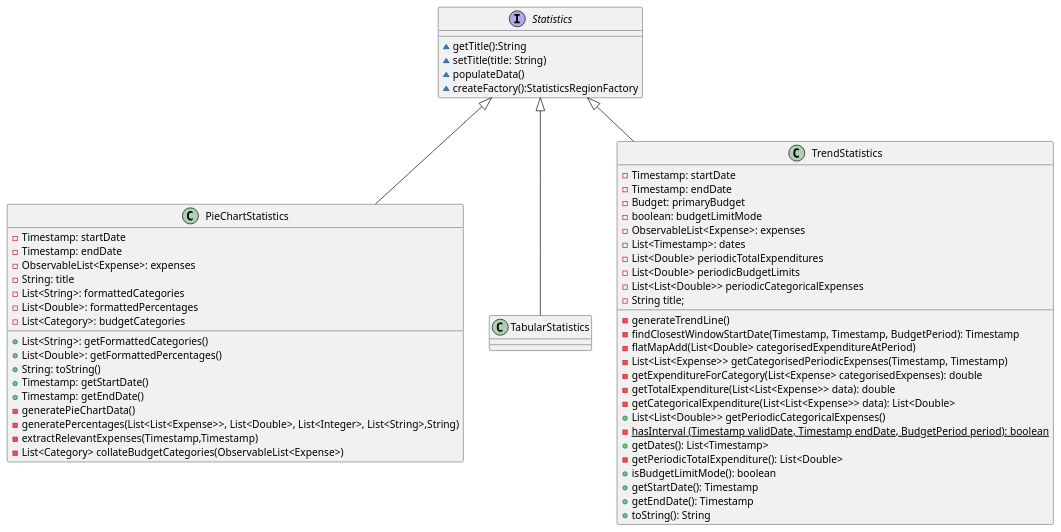
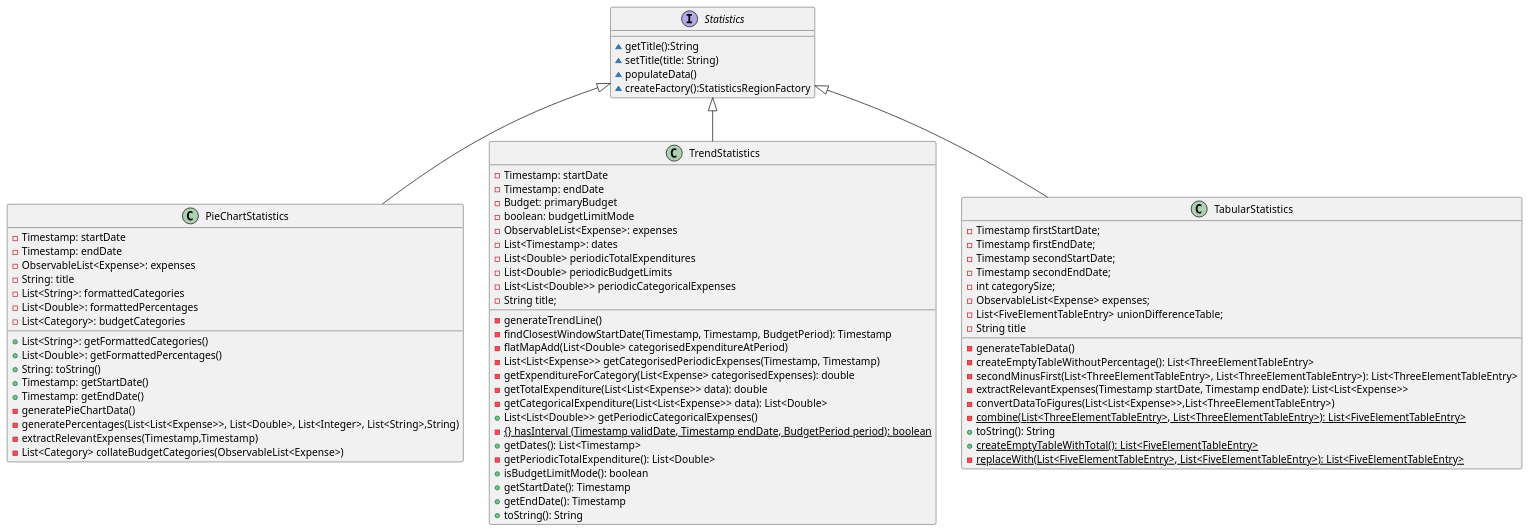
One commit to nus-cs2103-AY1920S1/addressbook-level3 changed the diagram in docs/diagrams/StatisticsClassDiagram.puml. Above: the diagram before and after it, drawn with PlantUML.

Commit message:
class diagram

```diff
--- a/docs/diagrams/StatisticsClassDiagram.puml
+++ b/docs/diagrams/StatisticsClassDiagram.puml
@@ -1,86 +1,98 @@
 @startuml
 
 
 
 interface Statistics {
 ~getTitle():String
 ~setTitle(title: String)
 ~populateData()
 ~createFactory():StatisticsRegionFactory
 }
 
 
 
 class PieChartStatistics {
 -Timestamp: startDate
 -Timestamp: endDate
 -ObservableList<Expense>: expenses
 -String: title
 -List<String>: formattedCategories
 -List<Double>: formattedPercentages
 -List<Category>: budgetCategories
 
 +List<String>: getFormattedCategories()
 +List<Double>: getFormattedPercentages()
 +String: toString()
 +Timestamp: getStartDate()
 +Timestamp: getEndDate()
 -generatePieChartData()
 -generatePercentages(List<List<Expense>>, List<Double>, List<Integer>, List<String>,String)
 -extractRelevantExpenses(Timestamp,Timestamp)
 -List<Category> collateBudgetCategories(ObservableList<Expense>)
 }
 
 
 
-class TabularStatistics {
-
-}
-
-
 
 class TrendStatistics {
 -Timestamp: startDate
 -Timestamp: endDate
 -Budget: primaryBudget
 -boolean: budgetLimitMode
 -ObservableList<Expense>: expenses
 -List<Timestamp>: dates
 -List<Double> periodicTotalExpenditures
 -List<Double> periodicBudgetLimits
 -List<List<Double>> periodicCategoricalExpenses
 -String title;
 -generateTrendLine()
 -findClosestWindowStartDate(Timestamp, Timestamp, BudgetPeriod): Timestamp
 -flatMapAdd(List<Double> categorisedExpenditureAtPeriod)
 -List<List<Expense>> getCategorisedPeriodicExpenses(Timestamp, Timestamp)
 -getExpenditureForCategory(List<Expense> categorisedExpenses): double
 -getTotalExpenditure(List<List<Expense>> data): double
 -getCategoricalExpenditure(List<List<Expense>> data): List<Double>
 +List<List<Double>> getPeriodicCategoricalExpenses()
--{static} hasInterval (Timestamp validDate, Timestamp endDate, BudgetPeriod period): boolean
+-{{static}} hasInterval (Timestamp validDate, Timestamp endDate, BudgetPeriod period): boolean
 +getDates(): List<Timestamp>
 -getPeriodicTotalExpenditure(): List<Double>
 + isBudgetLimitMode(): boolean
 + getStartDate(): Timestamp
 +getEndDate(): Timestamp
 +toString(): String
 }
 
-
-
+class TabularStatistics {
+-Timestamp firstStartDate;
+-Timestamp firstEndDate;
+-Timestamp secondStartDate;
+-Timestamp secondEndDate;
+-int categorySize;
+-ObservableList<Expense> expenses;
+-List<FiveElementTableEntry> unionDifferenceTable;
+-String title
+-generateTableData()
+-createEmptyTableWithoutPercentage(): List<ThreeElementTableEntry>
+-secondMinusFirst(List<ThreeElementTableEntry>, List<ThreeElementTableEntry>): List<ThreeElementTableEntry>
+-extractRelevantExpenses(Timestamp startDate, Timestamp endDate): List<List<Expense>>
+-convertDataToFigures(List<List<Expense>>,List<ThreeElementTableEntry>)
+-{static} combine(List<ThreeElementTableEntry>, List<ThreeElementTableEntry>): List<FiveElementTableEntry>
++toString(): String
++{static} createEmptyTableWithTotal(): List<FiveElementTableEntry>
+-{static} replaceWith(List<FiveElementTableEntry>, List<FiveElementTableEntry>): List<FiveElementTableEntry>
+}
 
 
 
 
 
 
 
 
 Statistics <|-- PieChartStatistics
 Statistics <|-- TabularStatistics
 Statistics <|-- TrendStatistics
 
 
 
 @enduml
```
